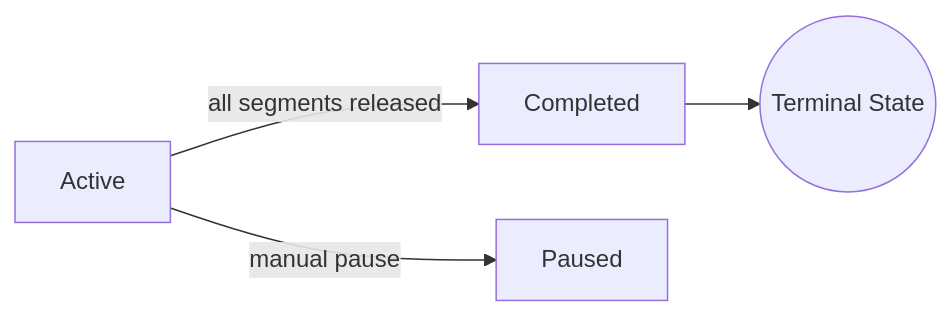
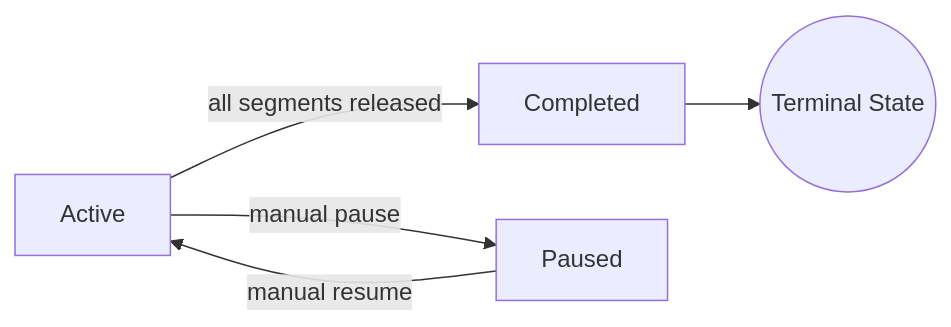
Before and after one commit to pilgrimlyieu/InkDrip: the diagram in docs/logic/pipeline.md, drawn with Mermaid. The commit also changed other lines of this file and 7 other files, not shown here.

````diff
--- a/docs/logic/pipeline.md
+++ b/docs/logic/pipeline.md
@@ -124,6 +124,7 @@
 ```mermaid
 flowchart LR
     Active -->|all segments released| Completed
     Active -->|manual pause| Paused
+    Paused -->|manual resume| Active
     Completed --> Terminal((Terminal State))
 ```
````
